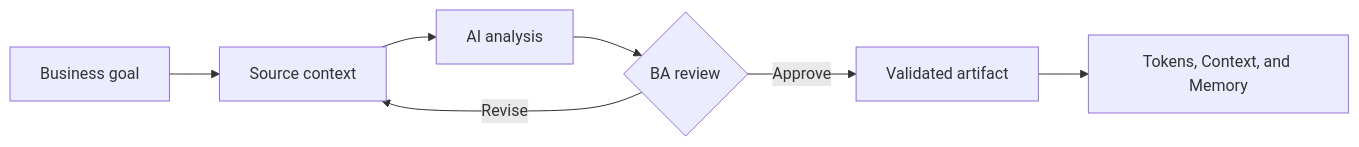
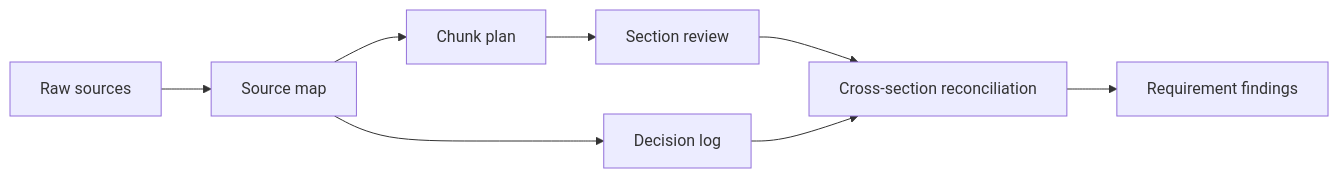
Before and after one commit to anhtnt90dev/ai-for-ba: the diagram in docs/en/lessons/tokens-context-and-memory/index.md, drawn with Mermaid. The commit also changed other lines of this file and 64 other files, not shown here.

````diff
--- a/docs/en/lessons/tokens-context-and-memory/index.md
+++ b/docs/en/lessons/tokens-context-and-memory/index.md
@@ -39,9 +38,10 @@
 ```mermaid
 flowchart LR
-    A["Business goal"] --> B["Source context"]
-    B --> C["AI analysis"]
-    C --> D{"BA review"}
-    D -->|"Revise"| B
-    D -->|"Approve"| E["Validated artifact"]
-    E --> F["Tokens, Context, and Memory"]
+    A["Raw sources"] --> B["Source map"]
+    B --> C["Chunk plan"]
+    C --> D["Section review"]
+    D --> E["Cross-section reconciliation"]
+    E --> F["Requirement findings"]
+    B --> G["Decision log"]
+    G --> E
 ```
````
